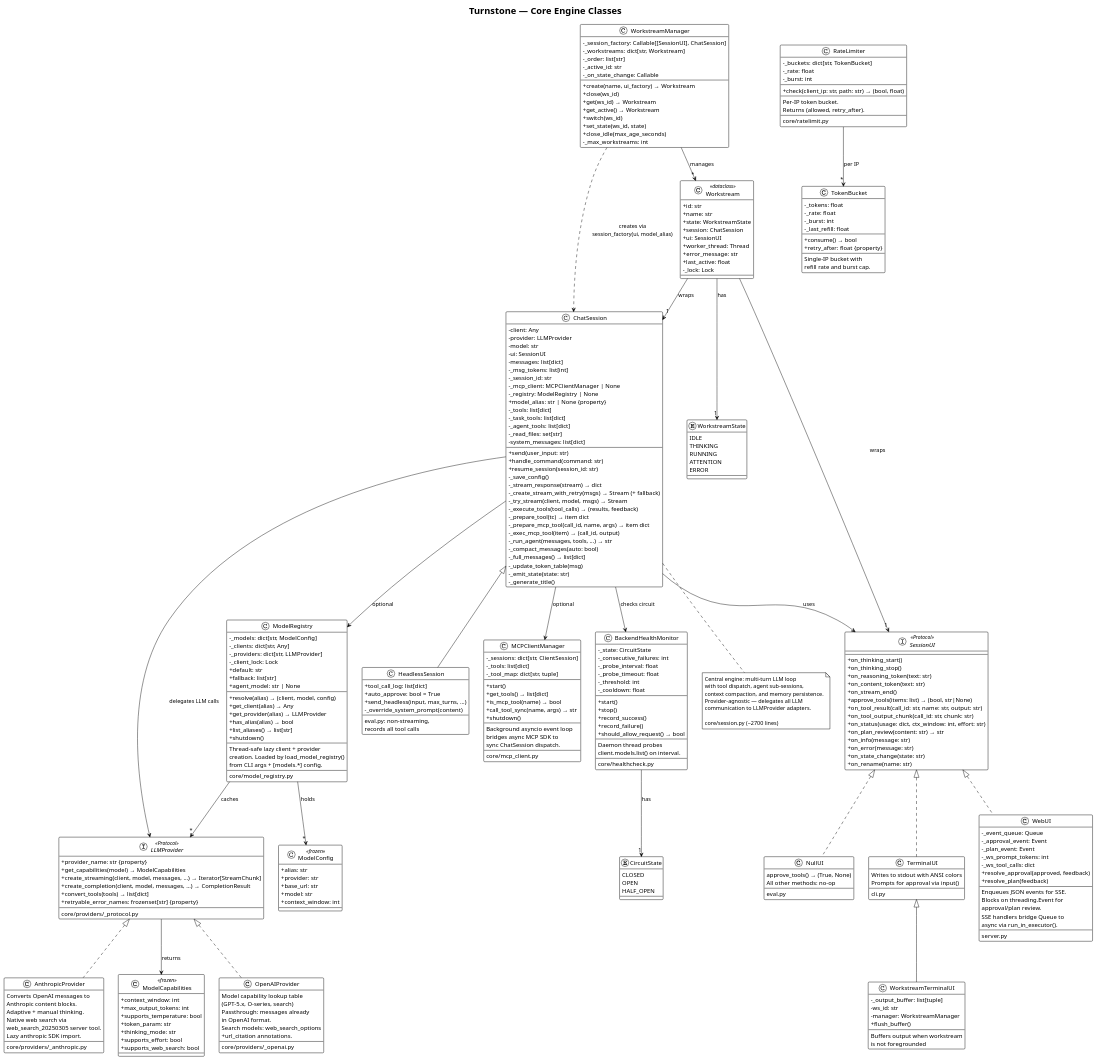
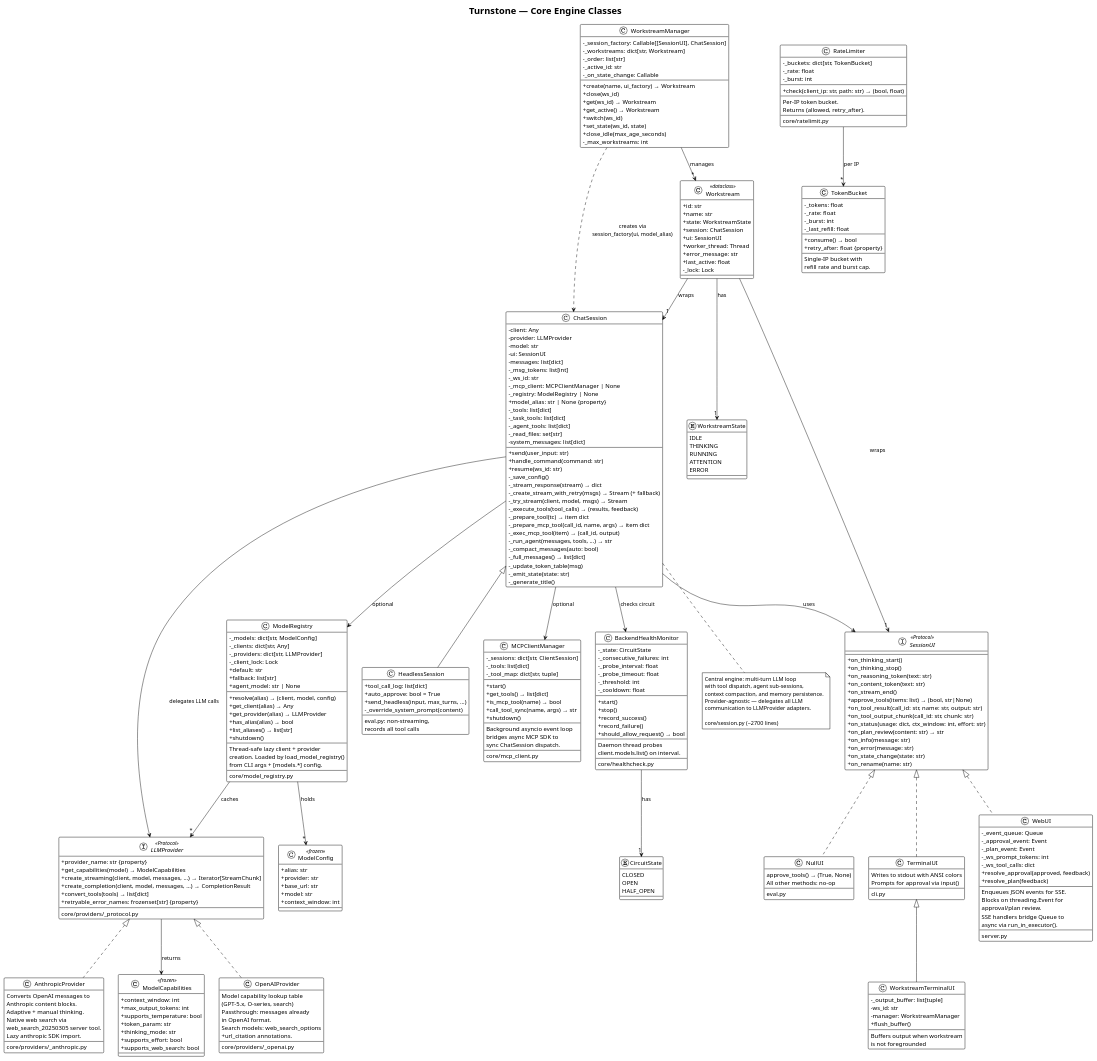
Before and after one commit to turnstonelabs/turnstone: the diagram in docs/diagrams/03-core-engine-classes.puml, drawn with PlantUML. The commit also changed 47 other files, not shown here.

```diff
--- a/docs/diagrams/03-core-engine-classes.puml
+++ b/docs/diagrams/03-core-engine-classes.puml
@@ -118,7 +118,7 @@
     - ui: SessionUI
     - messages: list[dict]
     - _msg_tokens: list[int]
-    - _session_id: str
+    - _ws_id: str
     - _mcp_client: MCPClientManager | None
     - _registry: ModelRegistry | None
     + model_alias: str | None {property}
@@ -130,7 +130,7 @@
     --
     + send(user_input: str)
     + handle_command(command: str)
-    + resume_session(session_id: str)
+    + resume(ws_id: str)
     - _save_config()
     - _stream_response(stream) → dict
     - _create_stream_with_retry(msgs) → Stream (+ fallback)
```
